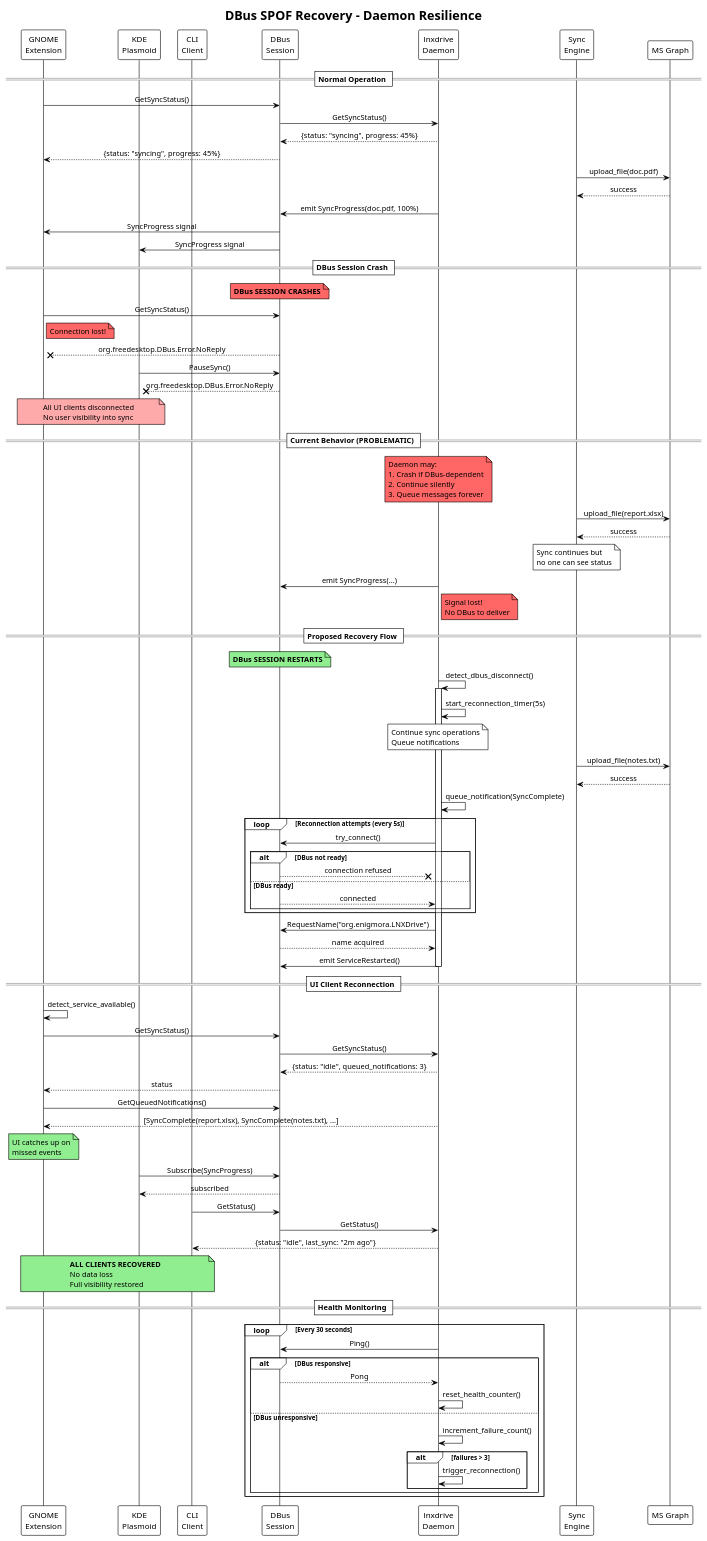
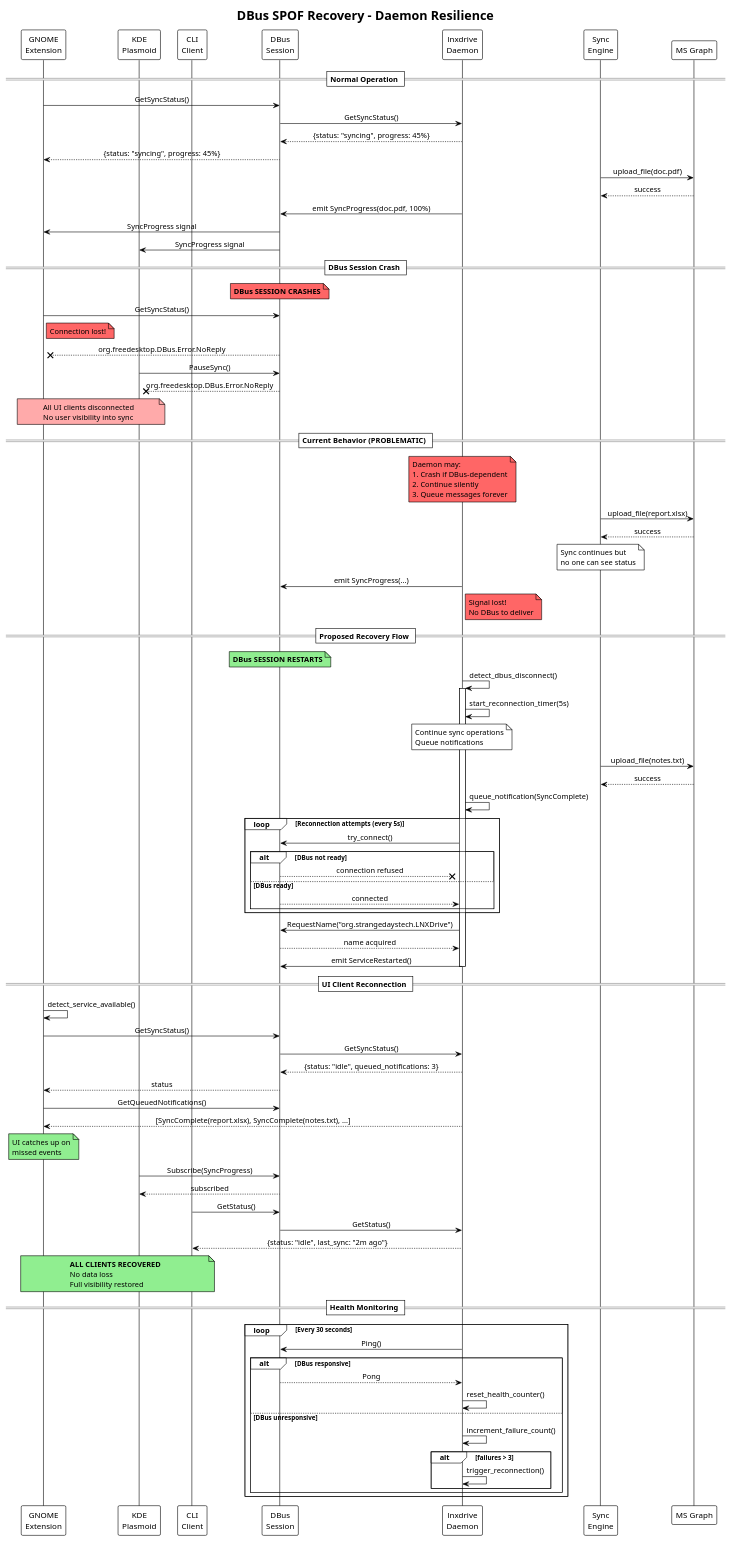
Before and after one commit to StrangeDaysTech/lnxdrive: the diagram in .devtrail/02-design/diagrams/SEQ-002-dbus-recovery.puml, drawn with PlantUML. The commit also changed 195 other files, not shown here.

```diff
--- a/.devtrail/02-design/diagrams/SEQ-002-dbus-recovery.puml
+++ b/.devtrail/02-design/diagrams/SEQ-002-dbus-recovery.puml
@@ -1,122 +1,122 @@
 @startuml SEQ-002-dbus-recovery
 !theme plain
 title DBus SPOF Recovery - Daemon Resilience
 
 skinparam sequenceMessageAlign center
 skinparam responseMessageBelowArrow true
 
 participant "GNOME\nExtension" as GNOME
 participant "KDE\nPlasmoid" as KDE
 participant "CLI\nClient" as CLI
 participant "DBus\nSession" as DBus
 participant "lnxdrive\nDaemon" as Daemon
 participant "Sync\nEngine" as Sync
 participant "MS Graph" as API
 
 == Normal Operation ==
 
 GNOME -> DBus: GetSyncStatus()
 DBus -> Daemon: GetSyncStatus()
 Daemon --> DBus: {status: "syncing", progress: 45%}
 DBus --> GNOME: {status: "syncing", progress: 45%}
 
 Sync -> API: upload_file(doc.pdf)
 API --> Sync: success
 
 Daemon -> DBus: emit SyncProgress(doc.pdf, 100%)
 DBus -> GNOME: SyncProgress signal
 DBus -> KDE: SyncProgress signal
 
 == DBus Session Crash ==
 
 note over DBus #ff6666: **DBus SESSION CRASHES**
 
 GNOME -> DBus: GetSyncStatus()
 note right of GNOME #ff6666: Connection lost!
 DBus --x GNOME: org.freedesktop.DBus.Error.NoReply
 
 KDE -> DBus: PauseSync()
 DBus --x KDE: org.freedesktop.DBus.Error.NoReply
 
 note over GNOME,KDE #ffaaaa: All UI clients disconnected\nNo user visibility into sync
 
 == Current Behavior (PROBLEMATIC) ==
 
 note over Daemon #ff6666: Daemon may:\n1. Crash if DBus-dependent\n2. Continue silently\n3. Queue messages forever
 
 Sync -> API: upload_file(report.xlsx)
 API --> Sync: success
 
 note over Sync: Sync continues but\nno one can see status
 
 Daemon -> DBus: emit SyncProgress(...)
 note right of Daemon #ff6666: Signal lost!\nNo DBus to deliver
 
 == Proposed Recovery Flow ==
 
 note over DBus #90EE90: **DBus SESSION RESTARTS**
 
 Daemon -> Daemon: detect_dbus_disconnect()
 activate Daemon
 
 Daemon -> Daemon: start_reconnection_timer(5s)
 
 note over Daemon: Continue sync operations\nQueue notifications
 
 Sync -> API: upload_file(notes.txt)
 API --> Sync: success
 Daemon -> Daemon: queue_notification(SyncComplete)
 
 loop Reconnection attempts (every 5s)
     Daemon -> DBus: try_connect()
     alt DBus not ready
         DBus --x Daemon: connection refused
     else DBus ready
         DBus --> Daemon: connected
     end
 end
 
-Daemon -> DBus: RequestName("org.enigmora.LNXDrive")
+Daemon -> DBus: RequestName("org.strangedaystech.LNXDrive")
 DBus --> Daemon: name acquired
 
 Daemon -> DBus: emit ServiceRestarted()
 deactivate Daemon
 
 == UI Client Reconnection ==
 
 GNOME -> GNOME: detect_service_available()
 GNOME -> DBus: GetSyncStatus()
 DBus -> Daemon: GetSyncStatus()
 Daemon --> DBus: {status: "idle", queued_notifications: 3}
 DBus --> GNOME: status
 
 GNOME -> DBus: GetQueuedNotifications()
 Daemon --> GNOME: [SyncComplete(report.xlsx), SyncComplete(notes.txt), ...]
 
 note over GNOME #90EE90: UI catches up on\nmissed events
 
 KDE -> DBus: Subscribe(SyncProgress)
 DBus --> KDE: subscribed
 
 CLI -> DBus: GetStatus()
 DBus -> Daemon: GetStatus()
 Daemon --> CLI: {status: "idle", last_sync: "2m ago"}
 
 note over GNOME,CLI #90EE90: **ALL CLIENTS RECOVERED**\nNo data loss\nFull visibility restored
 
 == Health Monitoring ==
 
 loop Every 30 seconds
     Daemon -> DBus: Ping()
     alt DBus responsive
         DBus --> Daemon: Pong
         Daemon -> Daemon: reset_health_counter()
     else DBus unresponsive
         Daemon -> Daemon: increment_failure_count()
         alt failures > 3
             Daemon -> Daemon: trigger_reconnection()
         end
     end
 end
 
 @enduml
```
